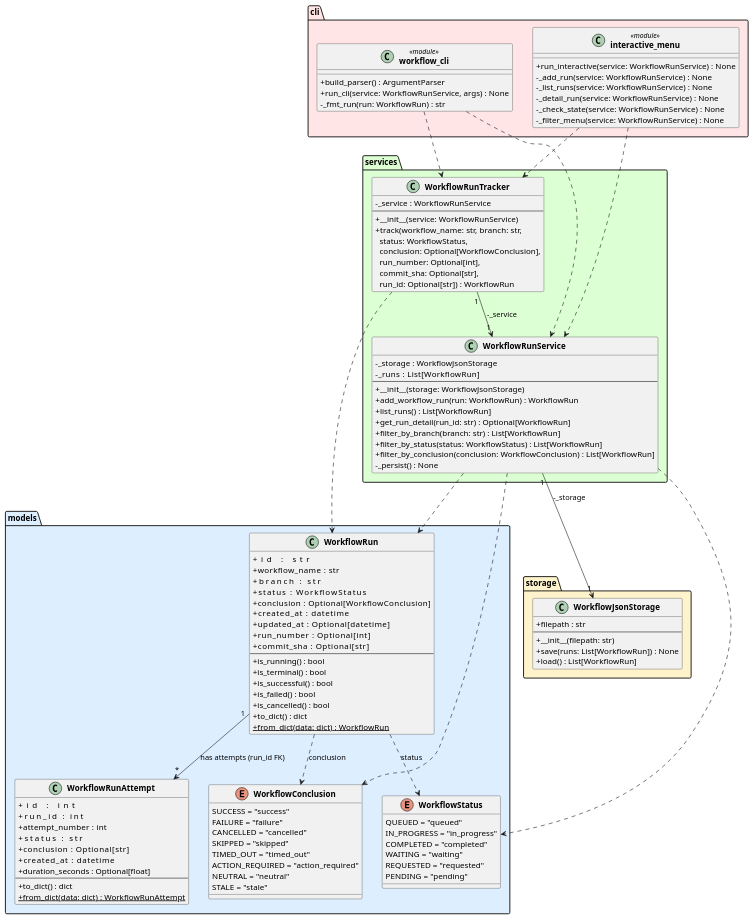
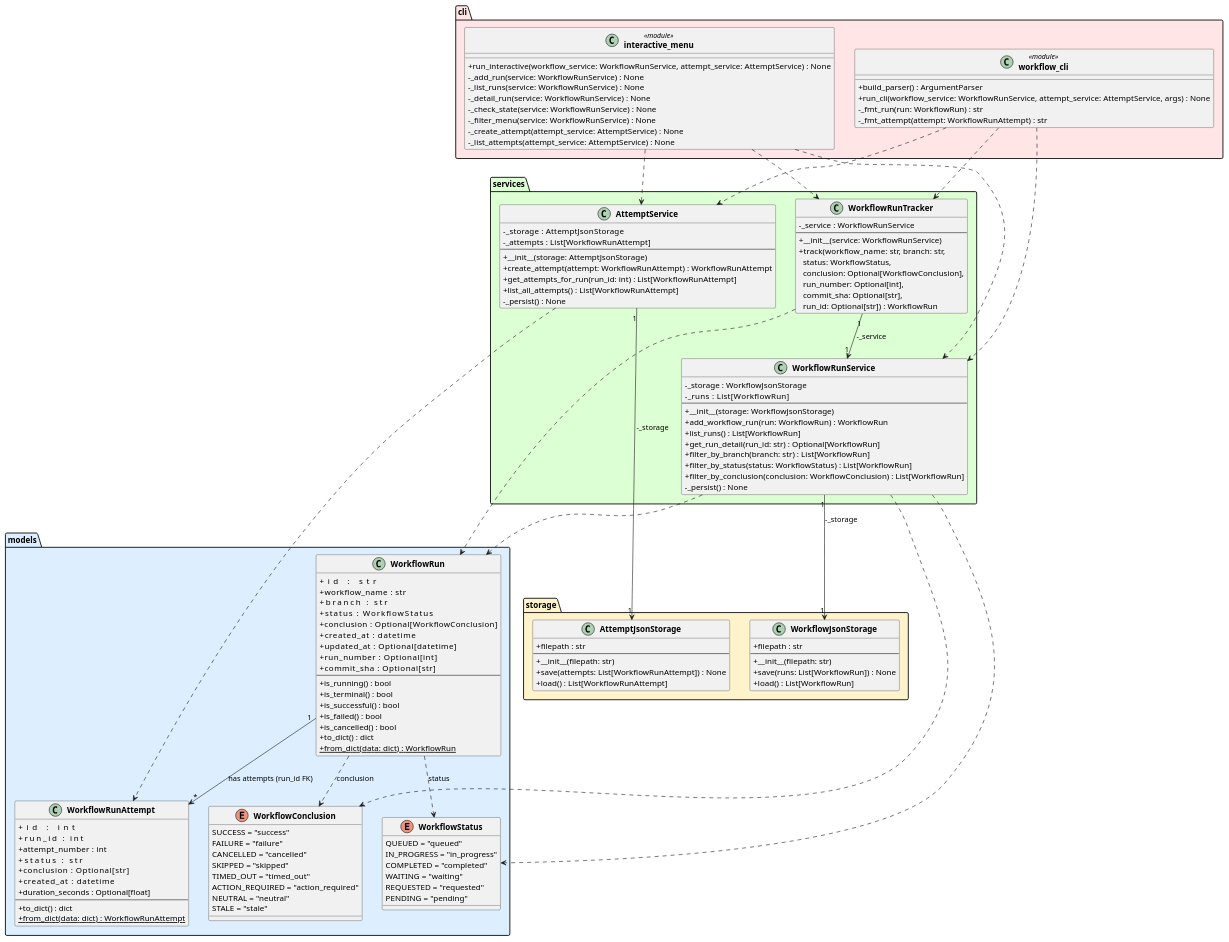
One commit to DanielRiha8906/Software_autoevolution_using_agents changed the diagram in experiments/broadcast/user_stories/github-workflow-manager/artifacts/class_diagram.puml. Above: the diagram before and after it, drawn with PlantUML. The commit also changed 12 other files, not shown here.

First line of the commit message:
Task 04: Create AttemptService for managing WorkflowRunAttempt objects

```diff
--- a/experiments/broadcast/user_stories/github-workflow-manager/artifacts/class_diagram.puml
+++ b/experiments/broadcast/user_stories/github-workflow-manager/artifacts/class_diagram.puml
@@ -1,125 +1,151 @@
 @startuml class_diagram
 
 skinparam classAttributeIconSize 0
 skinparam classFontStyle bold
 
 package "models" #DDEEFF {
     enum WorkflowStatus {
         QUEUED = "queued"
         IN_PROGRESS = "in_progress"
         COMPLETED = "completed"
         WAITING = "waiting"
         REQUESTED = "requested"
         PENDING = "pending"
     }
 
     enum WorkflowConclusion {
         SUCCESS = "success"
         FAILURE = "failure"
         CANCELLED = "cancelled"
         SKIPPED = "skipped"
         TIMED_OUT = "timed_out"
         ACTION_REQUIRED = "action_required"
         NEUTRAL = "neutral"
         STALE = "stale"
     }
 
     class WorkflowRun {
         +id               : str
         +workflow_name    : str
         +branch           : str
         +status           : WorkflowStatus
         +conclusion       : Optional[WorkflowConclusion]
         +created_at       : datetime
         +updated_at       : Optional[datetime]
         +run_number       : Optional[int]
         +commit_sha       : Optional[str]
         --
         +is_running() : bool
         +is_terminal() : bool
         +is_successful() : bool
         +is_failed() : bool
         +is_cancelled() : bool
         +to_dict() : dict
         +{static} from_dict(data: dict) : WorkflowRun
     }
 
     class WorkflowRunAttempt {
         +id               : int
         +run_id           : int
         +attempt_number   : int
         +status           : str
         +conclusion       : Optional[str]
         +created_at       : datetime
         +duration_seconds : Optional[float]
         --
         +to_dict() : dict
         +{static} from_dict(data: dict) : WorkflowRunAttempt
     }
 }
 
 package "storage" #FFF3CC {
     class WorkflowJsonStorage {
         +filepath : str
         --
         +__init__(filepath: str)
         +save(runs: List[WorkflowRun]) : None
         +load() : List[WorkflowRun]
     }
+
+    class AttemptJsonStorage {
+        +filepath : str
+        --
+        +__init__(filepath: str)
+        +save(attempts: List[WorkflowRunAttempt]) : None
+        +load() : List[WorkflowRunAttempt]
+    }
 }
 
 package "services" #DDFFD4 {
     class WorkflowRunService {
         -_storage : WorkflowJsonStorage
         -_runs    : List[WorkflowRun]
         --
         +__init__(storage: WorkflowJsonStorage)
         +add_workflow_run(run: WorkflowRun) : WorkflowRun
         +list_runs() : List[WorkflowRun]
         +get_run_detail(run_id: str) : Optional[WorkflowRun]
         +filter_by_branch(branch: str) : List[WorkflowRun]
         +filter_by_status(status: WorkflowStatus) : List[WorkflowRun]
         +filter_by_conclusion(conclusion: WorkflowConclusion) : List[WorkflowRun]
         -_persist() : None
     }
 
     class WorkflowRunTracker {
         -_service : WorkflowRunService
         --
         +__init__(service: WorkflowRunService)
         +track(workflow_name: str, branch: str,\n  status: WorkflowStatus,\n  conclusion: Optional[WorkflowConclusion],\n  run_number: Optional[int],\n  commit_sha: Optional[str],\n  run_id: Optional[str]) : WorkflowRun
     }
+
+    class AttemptService {
+        -_storage   : AttemptJsonStorage
+        -_attempts  : List[WorkflowRunAttempt]
+        --
+        +__init__(storage: AttemptJsonStorage)
+        +create_attempt(attempt: WorkflowRunAttempt) : WorkflowRunAttempt
+        +get_attempts_for_run(run_id: int) : List[WorkflowRunAttempt]
+        +list_all_attempts() : List[WorkflowRunAttempt]
+        -_persist() : None
+    }
 }
 
 package "cli" #FFE5E5 {
     class "workflow_cli" <<module>> {
         +build_parser() : ArgumentParser
-        +run_cli(service: WorkflowRunService, args) : None
+        +run_cli(workflow_service: WorkflowRunService, attempt_service: AttemptService, args) : None
         -_fmt_run(run: WorkflowRun) : str
+        -_fmt_attempt(attempt: WorkflowRunAttempt) : str
     }
 
     class "interactive_menu" <<module>> {
-        +run_interactive(service: WorkflowRunService) : None
+        +run_interactive(workflow_service: WorkflowRunService, attempt_service: AttemptService) : None
         -_add_run(service: WorkflowRunService) : None
         -_list_runs(service: WorkflowRunService) : None
         -_detail_run(service: WorkflowRunService) : None
         -_check_state(service: WorkflowRunService) : None
         -_filter_menu(service: WorkflowRunService) : None
+        -_create_attempt(attempt_service: AttemptService) : None
+        -_list_attempts(attempt_service: AttemptService) : None
     }
 }
 
 WorkflowRun                ..>  WorkflowStatus        : status
 WorkflowRun                ..>  WorkflowConclusion    : conclusion
 WorkflowRun            "1" --> "*" WorkflowRunAttempt   : has attempts (run_id FK)
 WorkflowRunService    "1" --> "1" WorkflowJsonStorage : -_storage
 WorkflowRunService         ..>  WorkflowRun
 WorkflowRunService         ..>  WorkflowStatus
 WorkflowRunService         ..>  WorkflowConclusion
 WorkflowRunTracker    "1" --> "1" WorkflowRunService  : -_service
 WorkflowRunTracker         ..>  WorkflowRun
+AttemptService       "1" --> "1" AttemptJsonStorage   : -_storage
+AttemptService            ..>  WorkflowRunAttempt
 "workflow_cli"             ..>  WorkflowRunService
+"workflow_cli"             ..>  AttemptService
 "workflow_cli"             ..>  WorkflowRunTracker
 "interactive_menu"         ..>  WorkflowRunService
+"interactive_menu"         ..>  AttemptService
 "interactive_menu"         ..>  WorkflowRunTracker
 
 @enduml
```
